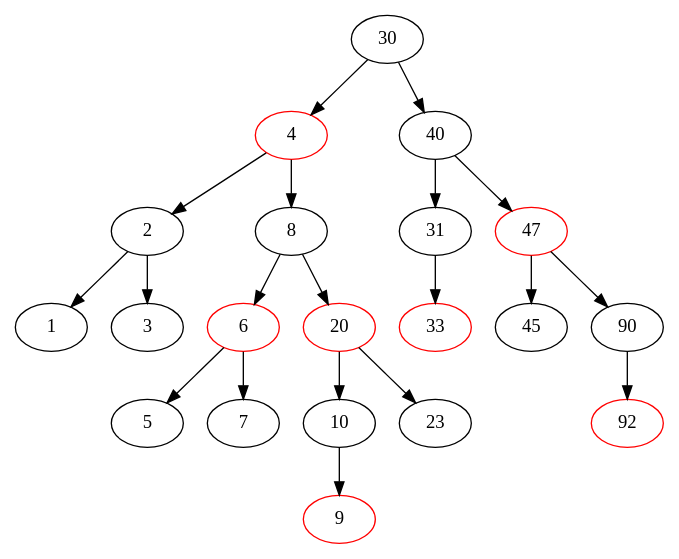
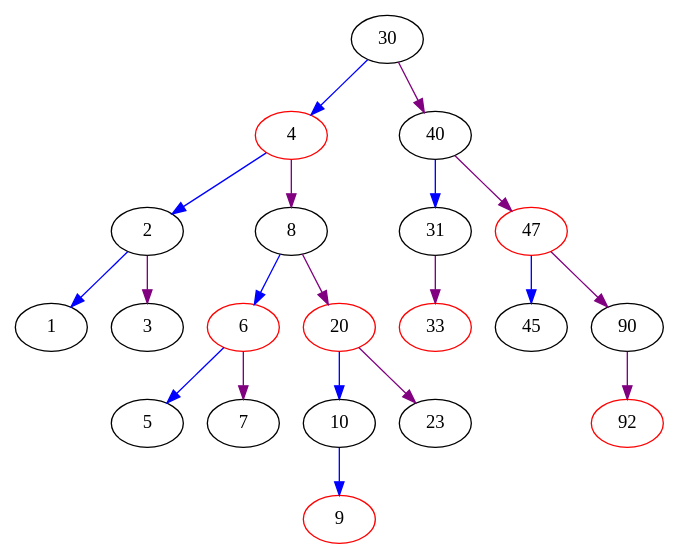
One commit to tomuwhu/cpp changed the diagram in rbt.dot. Above: the diagram before and after it, drawn with Graphviz. The commit also changed 3 other files, not shown here.

```diff
--- a/rbt.dot
+++ b/rbt.dot
@@ -1,41 +1,41 @@
 digraph RedBlackTree {
 30 [label="30", color=black]
-30 -> 4
+30 -> 4 [color="blue"]
 4 [label="4", color=red]
-4 -> 2
+4 -> 2 [color="blue"]
 2 [label="2", color=black]
-2 -> 1
+2 -> 1 [color="blue"]
 1 [label="1", color=black]
-2 -> 3
+2 -> 3 [color="purple"]
 3 [label="3", color=black]
-4 -> 8
+4 -> 8 [color="purple"]
 8 [label="8", color=black]
-8 -> 6
+8 -> 6 [color="blue"]
 6 [label="6", color=red]
-6 -> 5
+6 -> 5 [color="blue"]
 5 [label="5", color=black]
-6 -> 7
+6 -> 7 [color="purple"]
 7 [label="7", color=black]
-8 -> 20
+8 -> 20 [color="purple"]
 20 [label="20", color=red]
-20 -> 10
+20 -> 10 [color="blue"]
 10 [label="10", color=black]
-10 -> 9
+10 -> 9 [color="blue"]
 9 [label="9", color=red]
-20 -> 23
+20 -> 23 [color="purple"]
 23 [label="23", color=black]
-30 -> 40
+30 -> 40 [color="purple"]
 40 [label="40", color=black]
-40 -> 31
+40 -> 31 [color="blue"]
 31 [label="31", color=black]
-31 -> 33
+31 -> 33 [color="purple"]
 33 [label="33", color=red]
-40 -> 47
+40 -> 47 [color="purple"]
 47 [label="47", color=red]
-47 -> 45
+47 -> 45 [color="blue"]
 45 [label="45", color=black]
-47 -> 90
+47 -> 90 [color="purple"]
 90 [label="90", color=black]
-90 -> 92
+90 -> 92 [color="purple"]
 92 [label="92", color=red]
 }
```
